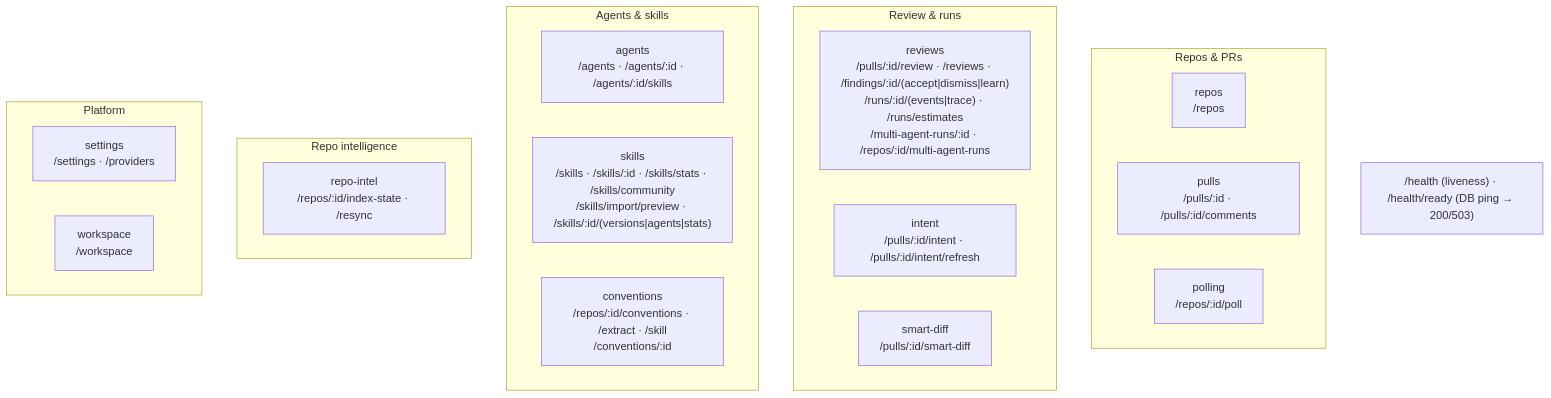
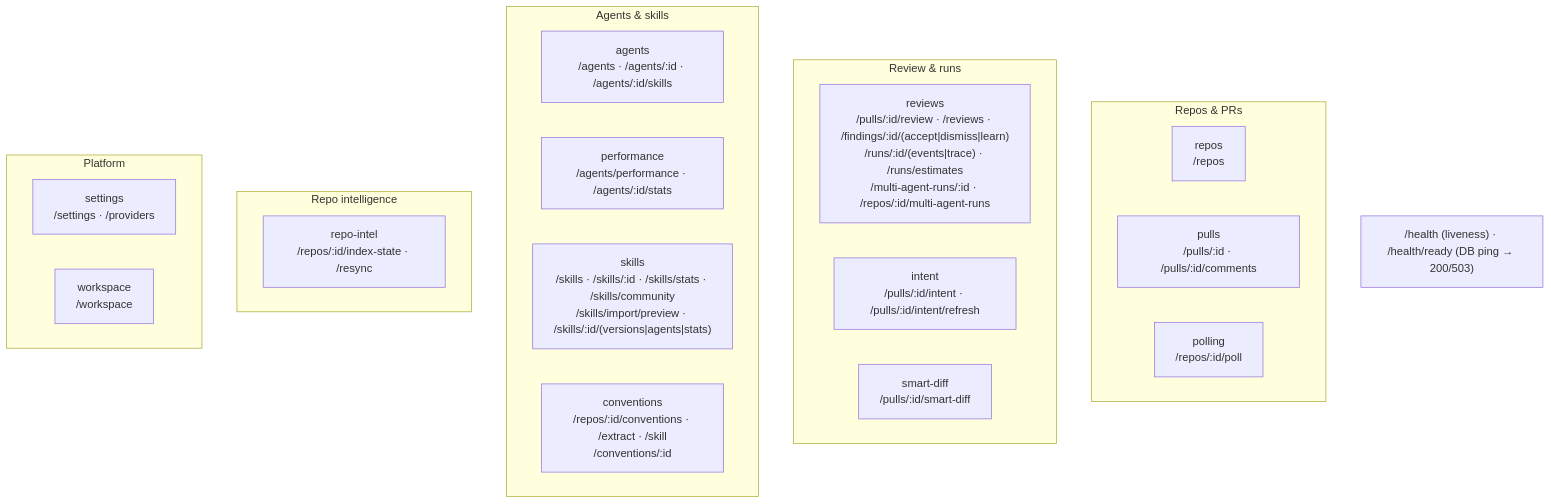
One commit to podop/dev-digest changed the second of 2 diagrams in server/README.md. Above: the diagram before and after it, drawn with Mermaid. The commit also changed other lines of this file and 62 other files, not shown here.

First line of the commit message:
feat(agent-performance): global dashboard + per-agent Stats tab

````diff
--- a/server/README.md
+++ b/server/README.md
@@ -82,26 +82,27 @@
 ```mermaid
 flowchart TB
   subgraph Repos_PRs["Repos & PRs"]
     repos["repos<br/>/repos"]
     pulls["pulls<br/>/pulls/:id · /pulls/:id/comments"]
     polling["polling<br/>/repos/:id/poll"]
   end
   subgraph Review["Review & runs"]
     reviews["reviews<br/>/pulls/:id/review · /reviews · /findings/:id/(accept|dismiss|learn)<br/>/runs/:id/(events|trace) · /runs/estimates<br/>/multi-agent-runs/:id · /repos/:id/multi-agent-runs"]
     intent["intent<br/>/pulls/:id/intent · /pulls/:id/intent/refresh"]
     smartDiff["smart-diff<br/>/pulls/:id/smart-diff"]
   end
   subgraph Agents["Agents & skills"]
     agents["agents<br/>/agents · /agents/:id · /agents/:id/skills"]
+    performance["performance<br/>/agents/performance · /agents/:id/stats"]
     skills["skills<br/>/skills · /skills/:id · /skills/stats · /skills/community<br/>/skills/import/preview · /skills/:id/(versions|agents|stats)"]
     conventions["conventions<br/>/repos/:id/conventions · /extract · /skill<br/>/conventions/:id"]
   end
   subgraph Intel["Repo intelligence"]
     repoIntel["repo-intel<br/>/repos/:id/index-state · /resync"]
   end
   subgraph Platform["Platform"]
     settings["settings<br/>/settings · /providers"]
     workspace["workspace<br/>/workspace"]
   end
   HEALTH["/health (liveness) · /health/ready (DB ping → 200/503)"]
 ```
````
